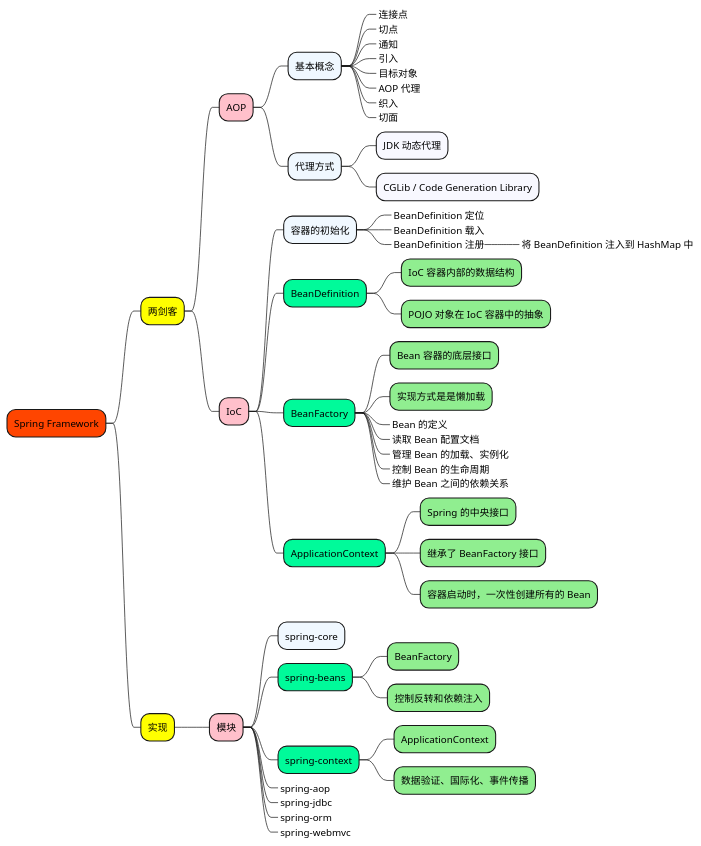
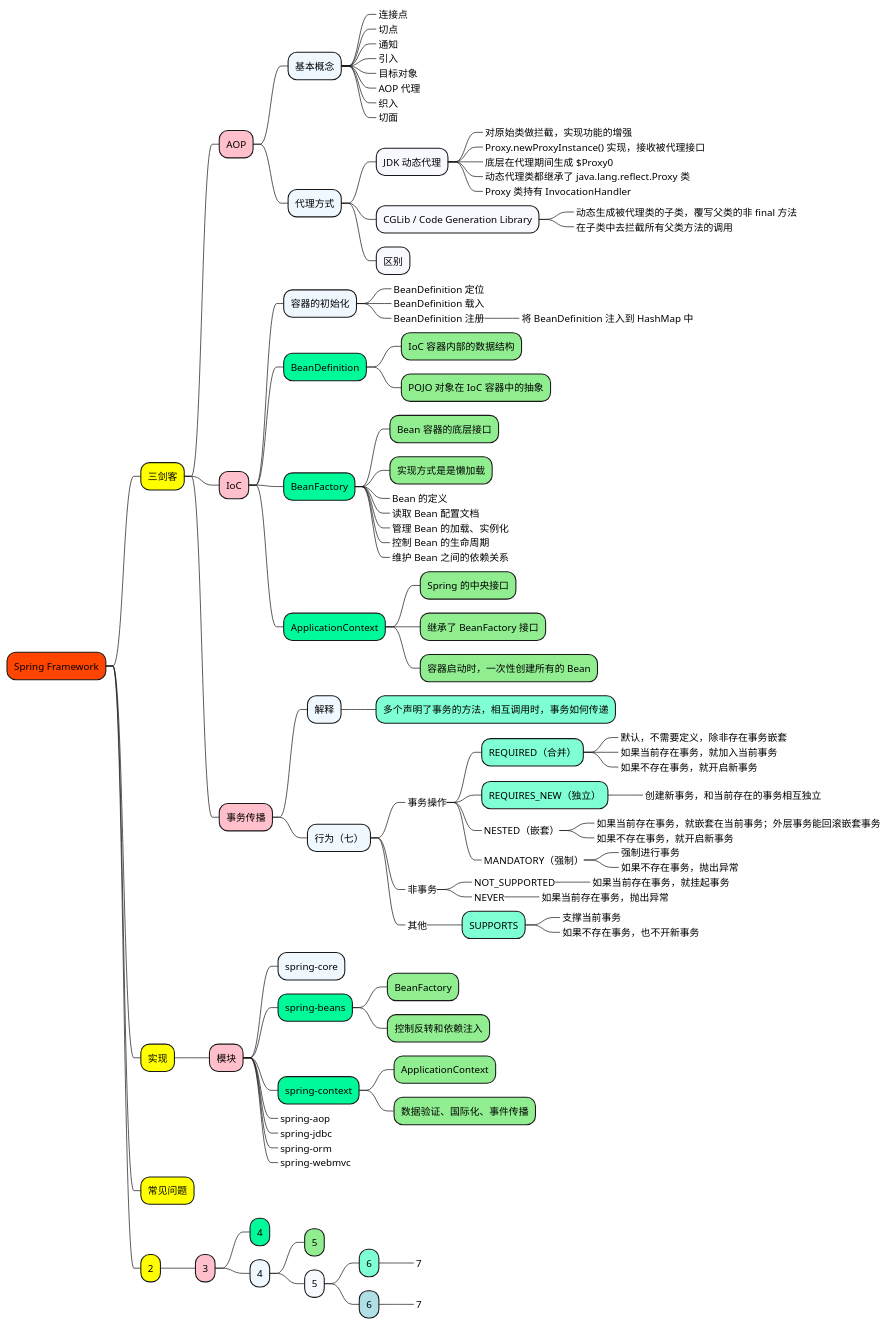
Before and after one commit to doveg/self-cultivation-of-a-software-engineer: the diagram in 1_map/2-framework/Spring-Framework.puml, drawn with PlantUML. The commit also changed 11 other files, not shown here.

```diff
--- a/1_map/2-framework/Spring-Framework.puml
+++ b/1_map/2-framework/Spring-Framework.puml
@@ -1,67 +1,138 @@
 @startmindmap
 
 +[#OrangeRed] Spring Framework
 
-++[#yellow] 两剑客
+++[#yellow] 三剑客
 
 +++[#Pink] AOP
 
 ++++[#AliceBlue] 基本概念
 +++++[#GhostWhite]_ 连接点
 +++++[#GhostWhite]_ 切点
 +++++[#GhostWhite]_ 通知
 +++++[#GhostWhite]_ 引入
 +++++[#GhostWhite]_ 目标对象
 +++++[#GhostWhite]_ AOP 代理
 +++++[#GhostWhite]_ 织入
 +++++[#GhostWhite]_ 切面
 
 ++++[#AliceBlue] 代理方式
+
 +++++[#GhostWhite] JDK 动态代理
+++++++[#LightGreen]_ 对原始类做拦截，实现功能的增强
+++++++[#LightGreen]_ Proxy.newProxyInstance() 实现，接收被代理接口
+++++++[#LightGreen]_ 底层在代理期间生成 $Proxy0
+++++++[#LightGreen]_ 动态代理类都继承了 java.lang.reflect.Proxy 类
+++++++[#LightGreen]_ Proxy 类持有 InvocationHandler
+
 +++++[#GhostWhite] CGLib / Code Generation Library
+++++++[#LightGreen]_ 动态生成被代理类的子类，覆写父类的非 final 方法
+++++++[#LightGreen]_ 在子类中去拦截所有父类方法的调用
+
++++++[#GhostWhite] 区别
 
 
 +++[#Pink] IoC
 
 ++++[#AliceBlue] 容器的初始化
 +++++[#GhostWhite]_ BeanDefinition 定位
 +++++[#GhostWhite]_ BeanDefinition 载入
 +++++[#GhostWhite]_ BeanDefinition 注册
 ++++++[#LightGreen]_ 将 BeanDefinition 注入到 HashMap 中
 
 ++++[#MediumSpringGreen] BeanDefinition
 +++++[#LightGreen] IoC 容器内部的数据结构
 +++++[#LightGreen] POJO 对象在 IoC 容器中的抽象
 
 ++++[#MediumSpringGreen] BeanFactory
 +++++[#LightGreen] Bean 容器的底层接口
 +++++[#LightGreen] 实现方式是是懒加载
 +++++[#GhostWhite]_ Bean 的定义
 +++++[#GhostWhite]_ 读取 Bean 配置文档
 +++++[#GhostWhite]_ 管理 Bean 的加载、实例化
 +++++[#GhostWhite]_ 控制 Bean 的生命周期
 +++++[#GhostWhite]_ 维护 Bean 之间的依赖关系
 
 ++++[#MediumSpringGreen] ApplicationContext
 +++++[#LightGreen] Spring 的中央接口
 +++++[#LightGreen] 继承了 BeanFactory 接口
 +++++[#LightGreen] 容器启动时，一次性创建所有的 Bean
 
 
++++[#Pink] 事务传播
+
+++++[#AliceBlue] 解释
++++++[#Aquamarine] 多个声明了事务的方法，相互调用时，事务如何传递
+
+++++[#AliceBlue] 行为（七）
+
++++++[#Aquamarine]_ 事务操作
+
+++++++[#Aquamarine] REQUIRED（合并）
++++++++[#Aquamarine]_ 默认，不需要定义，除非存在事务嵌套
++++++++[#Aquamarine]_ 如果当前存在事务，就加入当前事务
++++++++[#Aquamarine]_ 如果不存在事务，就开启新事务
+
+++++++[#Aquamarine] REQUIRES_NEW（独立）
++++++++[#Aquamarine]_ 创建新事务，和当前存在的事务相互独立
+
+++++++[#Aquamarine]_ NESTED（嵌套）
++++++++[#Aquamarine]_ 如果当前存在事务，就嵌套在当前事务；外层事务能回滚嵌套事务
++++++++[#Aquamarine]_ 如果不存在事务，就开启新事务
+
+++++++[#Aquamarine]_ MANDATORY（强制）
++++++++[#Aquamarine]_ 强制进行事务
++++++++[#Aquamarine]_ 如果不存在事务，抛出异常
+
++++++[#Aquamarine]_ 非事务
+
+++++++[#Aquamarine]_ NOT_SUPPORTED
++++++++[#Aquamarine]_ 如果当前存在事务，就挂起事务
+
+++++++[#Aquamarine]_ NEVER
++++++++[#Aquamarine]_ 如果当前存在事务，抛出异常
+
++++++[#Aquamarine]_ 其他
+
+++++++[#Aquamarine] SUPPORTS
++++++++[#Aquamarine]_ 支撑当前事务
++++++++[#Aquamarine]_ 如果不存在事务，也不开新事务
+
+
+
 ++[#yellow] 实现
 
 +++[#Pink] 模块
 ++++[#AliceBlue] spring-core
 ++++[#MediumSpringGreen] spring-beans
 +++++[#LightGreen] BeanFactory
 +++++[#LightGreen] 控制反转和依赖注入
 ++++[#MediumSpringGreen] spring-context
 +++++[#LightGreen] ApplicationContext
 +++++[#LightGreen] 数据验证、国际化、事件传播
 ++++[#AliceBlue]_ spring-aop
 ++++[#AliceBlue]_ spring-jdbc
 ++++[#AliceBlue]_ spring-orm
 ++++[#AliceBlue]_ spring-webmvc
 
 
+
+++[#yellow] 常见问题
+
+
+
+++[#yellow] 2
+
++++[#Pink] 3
+
+++++[#MediumSpringGreen] 4
+++++[#AliceBlue] 4
++++++[#LightGreen] 5
++++++[#GhostWhite] 5
+++++++[#Aquamarine] 6
++++++++[#Aquamarine]_ 7
+++++++[#PowderBlue] 6
++++++++[#PowderBlue]_ 7
+
+
 @endmindmap
```
